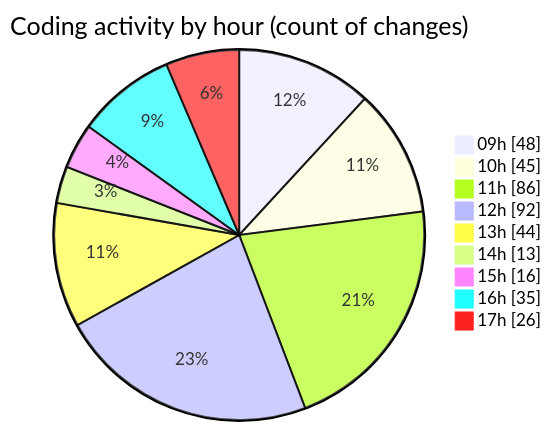
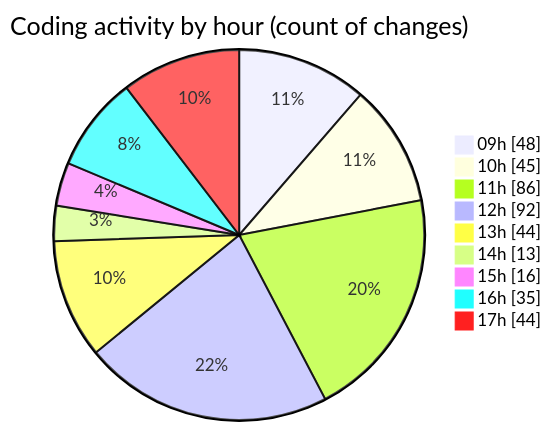
The second of 2 diagrams in 2025-03-14/cda/README.md (momahboobian/code-tracking), drawn with Mermaid before and after one commit. The commit also changed other lines of this file and 1 other file, not shown here.

````diff
--- a/2025-03-14/cda/README.md
+++ b/2025-03-14/cda/README.md
@@ -50,13 +50,13 @@
 ```mermaid
 pie showData
 title Coding activity by hour (count of changes)
 "09h" : 48
 "10h" : 45
 "11h" : 86
 "12h" : 92
 "13h" : 44
 "14h" : 13
 "15h" : 16
 "16h" : 35
-"17h" : 26
+"17h" : 44
 ```
````
